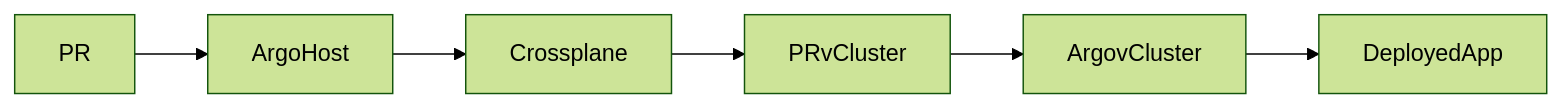
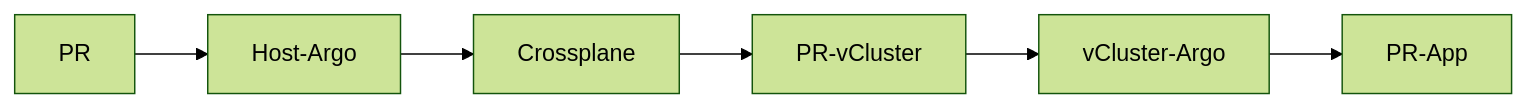
The diagram in vcluster-gitops/crossplane/vcluster-pull-request-environment/README.md (loft-demos/vcluster-platform-demo-app-template), drawn with Mermaid (forest theme) before and after one commit.

````diff
--- a/vcluster-gitops/crossplane/vcluster-pull-request-environment/README.md
+++ b/vcluster-gitops/crossplane/vcluster-pull-request-environment/README.md
@@ -38,8 +38,8 @@
 ```mermaid
 flowchart LR
-    PR-->ArgoHost;
-    ArgoHost-->Crossplane;
-    Crossplane-->PRvCluster;
-    PRvCluster-->ArgovCluster;
-    ArgovCluster-->DeployedApp;
+    PR-->Host-Argo;
+    Host-Argo-->Crossplane;
+    Crossplane-->PR-vCluster;
+    PR-vCluster-->vCluster-Argo;
+    vCluster-Argo-->PR-App;
 ```
````
